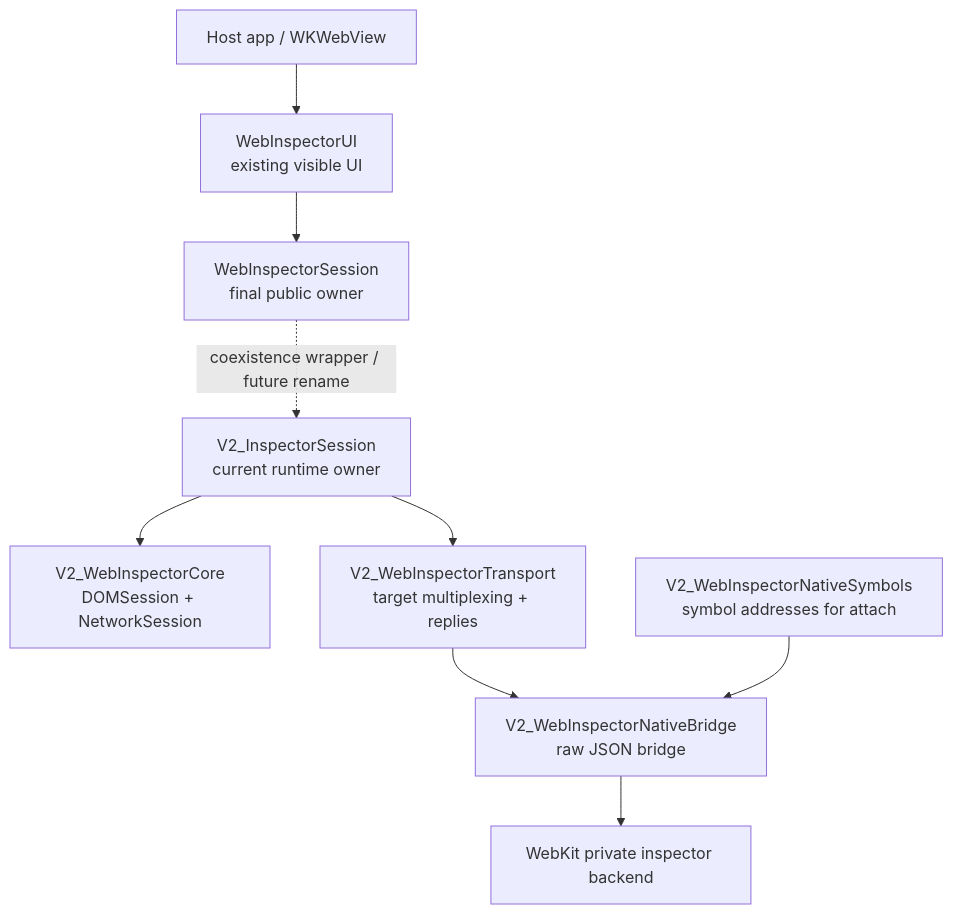
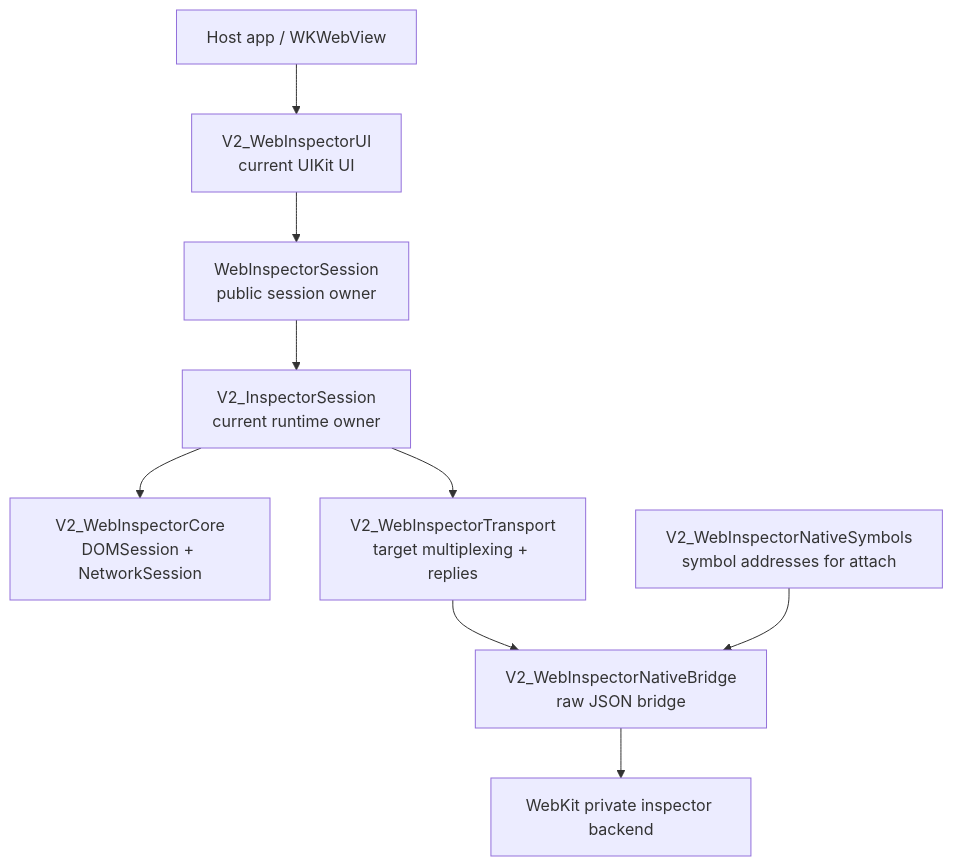
The first of 3 diagrams in Docs/V2ArchitectureOverview.md (lynnswap/WebInspectorKit), drawn with Mermaid before and after one commit. The commit also changed other lines of this file and 10 other files, not shown here.

````diff
--- a/Docs/V2ArchitectureOverview.md
+++ b/Docs/V2ArchitectureOverview.md
@@ -30,21 +31,21 @@
 ```mermaid
 flowchart TD
     Host["Host app / WKWebView"]
-    UI["WebInspectorUI<br/>existing visible UI"]
-    PublicSession["WebInspectorSession<br/>final public owner"]
+    UI["V2_WebInspectorUI<br/>current UIKit UI"]
+    PublicSession["WebInspectorSession<br/>public session owner"]
     Runtime["V2_InspectorSession<br/>current runtime owner"]
     Core["V2_WebInspectorCore<br/>DOMSession + NetworkSession"]
     Transport["V2_WebInspectorTransport<br/>target multiplexing + replies"]
     Bridge["V2_WebInspectorNativeBridge<br/>raw JSON bridge"]
     Symbols["V2_WebInspectorNativeSymbols<br/>symbol addresses for attach"]
     WebKit["WebKit private inspector backend"]
 
     Host --> UI
     UI --> PublicSession
-    PublicSession -. "coexistence wrapper / future rename" .-> Runtime
+    PublicSession --> Runtime
     Runtime --> Core
     Runtime --> Transport
     Transport --> Bridge
     Bridge --> WebKit
     Symbols --> Bridge
 ```
````
